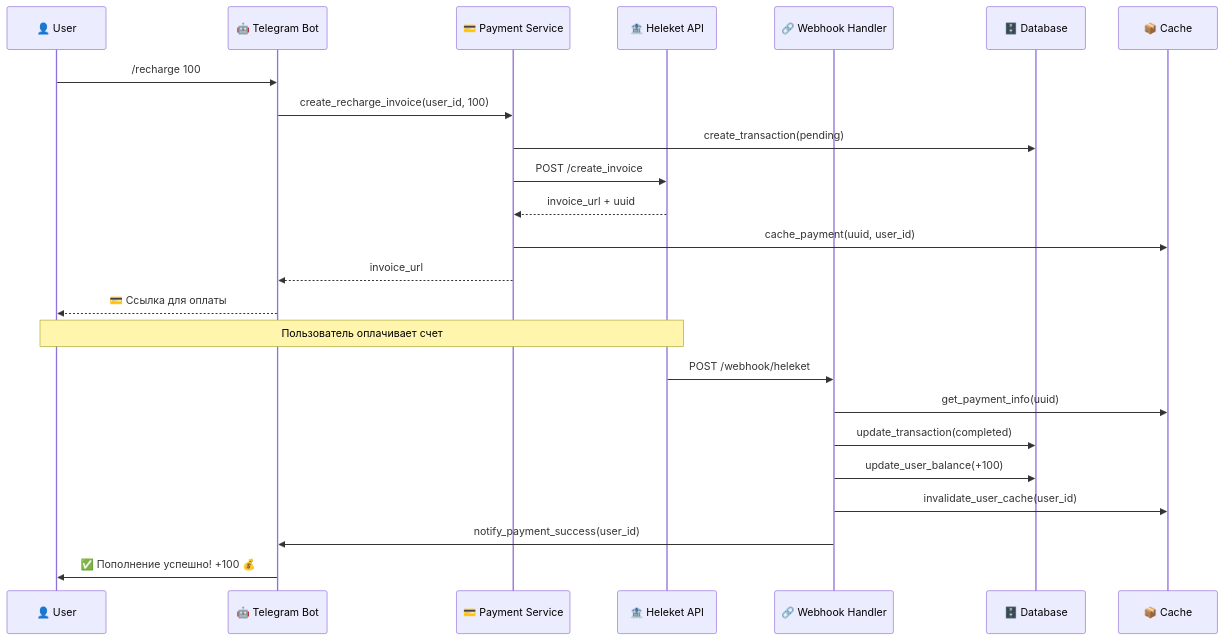
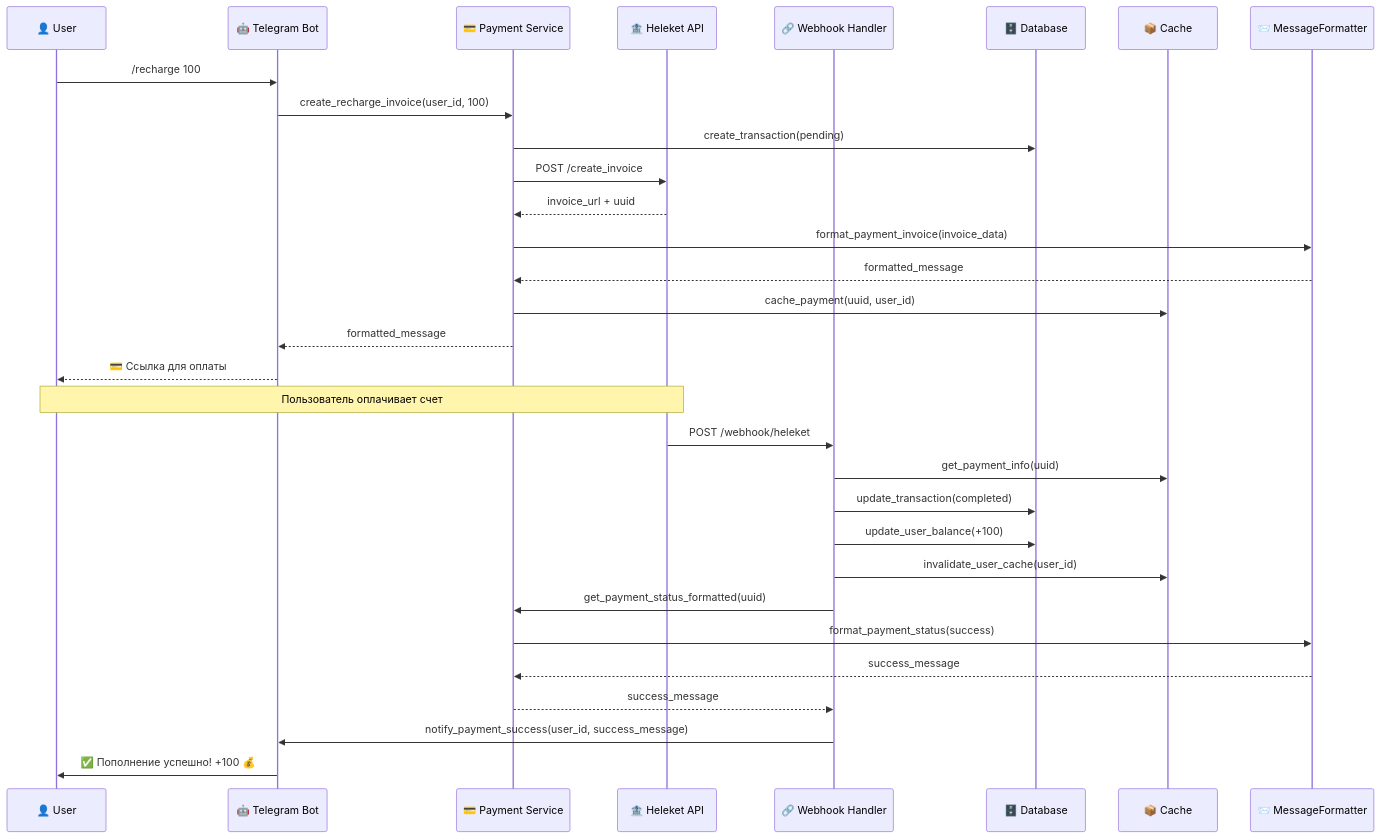
One commit to neKamita/Mirza-Telegram-Shop-Bot changed the eighth of 16 diagrams in docs/ARCHITECTURE.md. Above: the diagram before and after it, drawn with Mermaid. The commit also changed other lines of this file and 76 other files, not shown here.

````diff
--- a/docs/ARCHITECTURE.md
+++ b/docs/ARCHITECTURE.md
@@ -292,29 +437,36 @@
 ```mermaid
 sequenceDiagram
     participant U as 👤 User
     participant TB as 🤖 Telegram Bot
     participant PS as 💳 Payment Service
     participant H as 🏦 Heleket API
     participant WH as 🔗 Webhook Handler
     participant DB as 🗄️ Database
     participant C as 📦 Cache
+    participant MF as 📨 MessageFormatter
 
     U->>TB: /recharge 100
     TB->>PS: create_recharge_invoice(user_id, 100)
     PS->>DB: create_transaction(pending)
     PS->>H: POST /create_invoice
     H-->>PS: invoice_url + uuid
+    PS->>MF: format_payment_invoice(invoice_data)
+    MF-->>PS: formatted_message
     PS->>C: cache_payment(uuid, user_id)
-    PS-->>TB: invoice_url
+    PS-->>TB: formatted_message
     TB-->>U: 💳 Ссылка для оплаты
-    
+
     Note over U,H: Пользователь оплачивает счет
-    
+
     H->>WH: POST /webhook/heleket
     WH->>C: get_payment_info(uuid)
     WH->>DB: update_transaction(completed)
     WH->>DB: update_user_balance(+100)
     WH->>C: invalidate_user_cache(user_id)
-    WH->>TB: notify_payment_success(user_id)
+    WH->>PS: get_payment_status_formatted(uuid)
+    PS->>MF: format_payment_status(success)
+    MF-->>PS: success_message
+    PS-->>WH: success_message
+    WH->>TB: notify_payment_success(user_id, success_message)
     TB->>U: ✅ Пополнение успешно! +100 💰
 ```
````
